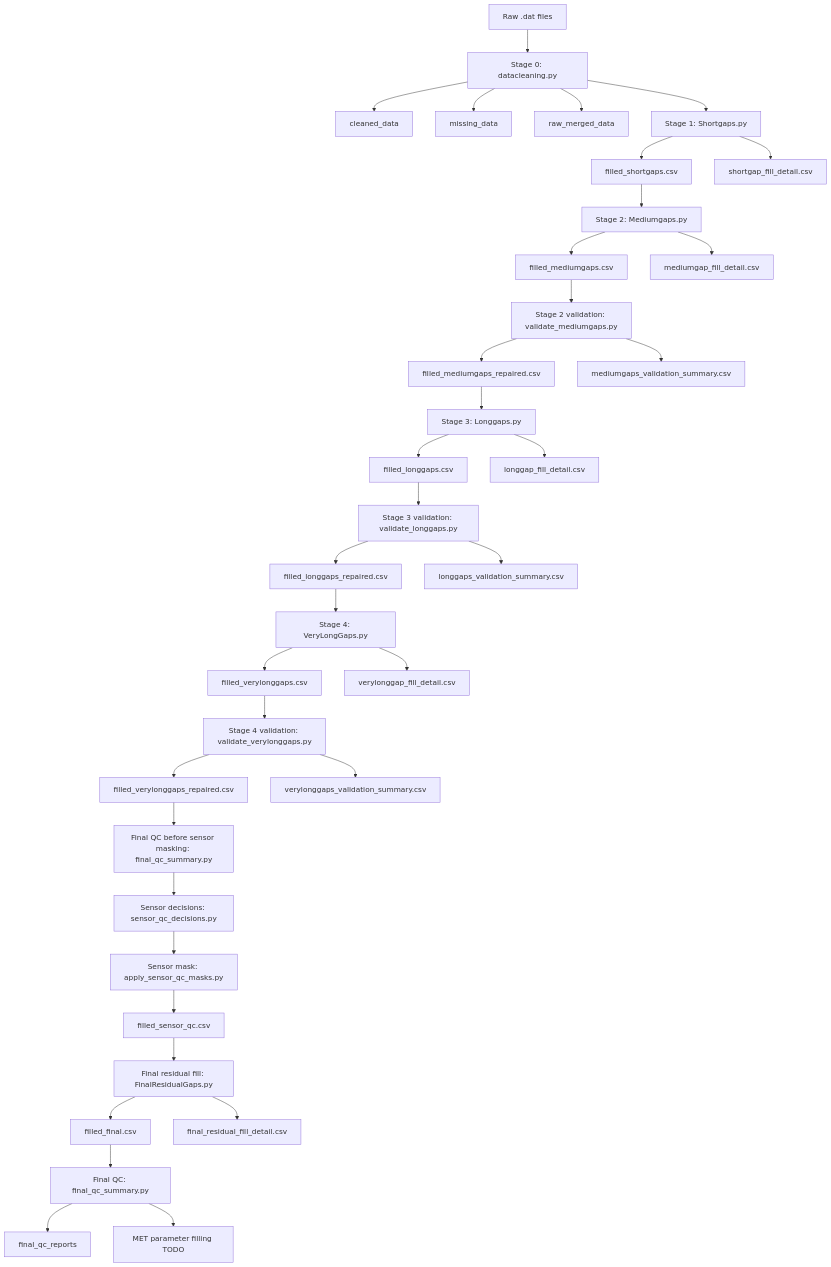
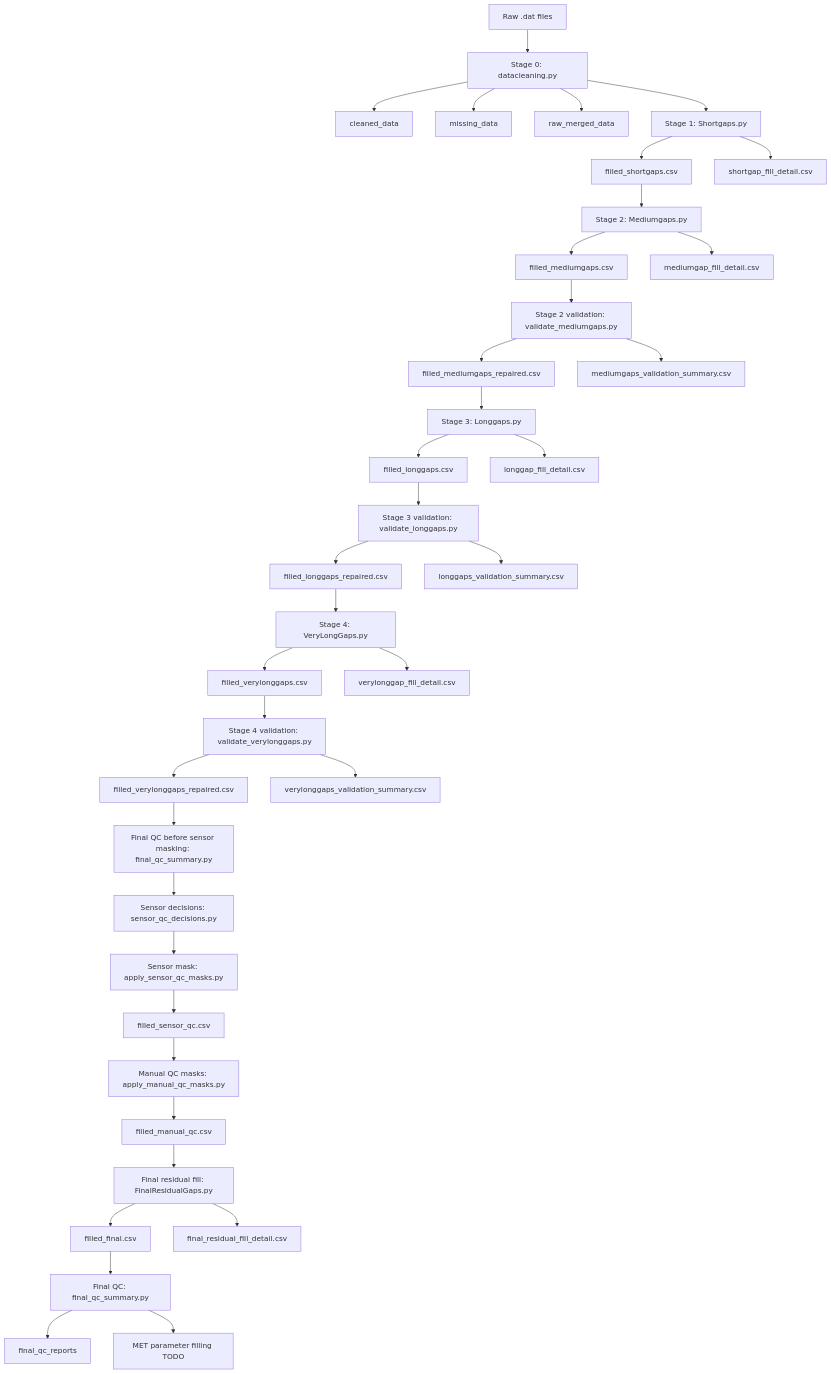
The diagram in data-cleanup/imputation_pipeline/TECHNICAL_NOTES_TxSON33.md (kiat/tx-soil-moisture), drawn with Mermaid before and after one commit. The commit also changed other lines of this file and 8 other files, not shown here.

````diff
--- a/data-cleanup/imputation_pipeline/TECHNICAL_NOTES_TxSON33.md
+++ b/data-cleanup/imputation_pipeline/TECHNICAL_NOTES_TxSON33.md
@@ -70,48 +71,50 @@
 ```mermaid
 flowchart TD
     A[Raw .dat files] --> B[Stage 0: datacleaning.py]
     B --> B1[cleaned_data]
     B --> B2[missing_data]
     B --> B3[raw_merged_data]
 
     B --> C[Stage 1: Shortgaps.py]
     C --> C1[filled_shortgaps.csv]
     C --> C2[shortgap_fill_detail.csv]
 
     C1 --> D[Stage 2: Mediumgaps.py]
     D --> D1[filled_mediumgaps.csv]
     D --> D2[mediumgap_fill_detail.csv]
 
     D1 --> E[Stage 2 validation: validate_mediumgaps.py]
     E --> E1[filled_mediumgaps_repaired.csv]
     E --> E2[mediumgaps_validation_summary.csv]
 
     E1 --> F[Stage 3: Longgaps.py]
     F --> F1[filled_longgaps.csv]
     F --> F2[longgap_fill_detail.csv]
 
     F1 --> G[Stage 3 validation: validate_longgaps.py]
     G --> G1[filled_longgaps_repaired.csv]
     G --> G2[longgaps_validation_summary.csv]
 
     G1 --> H[Stage 4: VeryLongGaps.py]
     H --> H1[filled_verylonggaps.csv]
     H --> H2[verylonggap_fill_detail.csv]
 
     H1 --> J[Stage 4 validation: validate_verylonggaps.py]
     J --> J1[filled_verylonggaps_repaired.csv]
     J --> J2[verylonggaps_validation_summary.csv]
 
     J1 --> K[Final QC before sensor masking: final_qc_summary.py]
     K --> L[Sensor decisions: sensor_qc_decisions.py]
     L --> M[Sensor mask: apply_sensor_qc_masks.py]
     M --> M1[filled_sensor_qc.csv]
+    M1 --> M2[Manual QC masks: apply_manual_qc_masks.py]
+    M2 --> M3[filled_manual_qc.csv]
 
-    M1 --> N[Final residual fill: FinalResidualGaps.py]
+    M3 --> N[Final residual fill: FinalResidualGaps.py]
     N --> N1[filled_final.csv]
     N --> N2[final_residual_fill_detail.csv]
 
     N1 --> O[Final QC: final_qc_summary.py]
     O --> O1[final_qc_reports]
     O --> P[MET parameter filling TODO]
 ```
````
